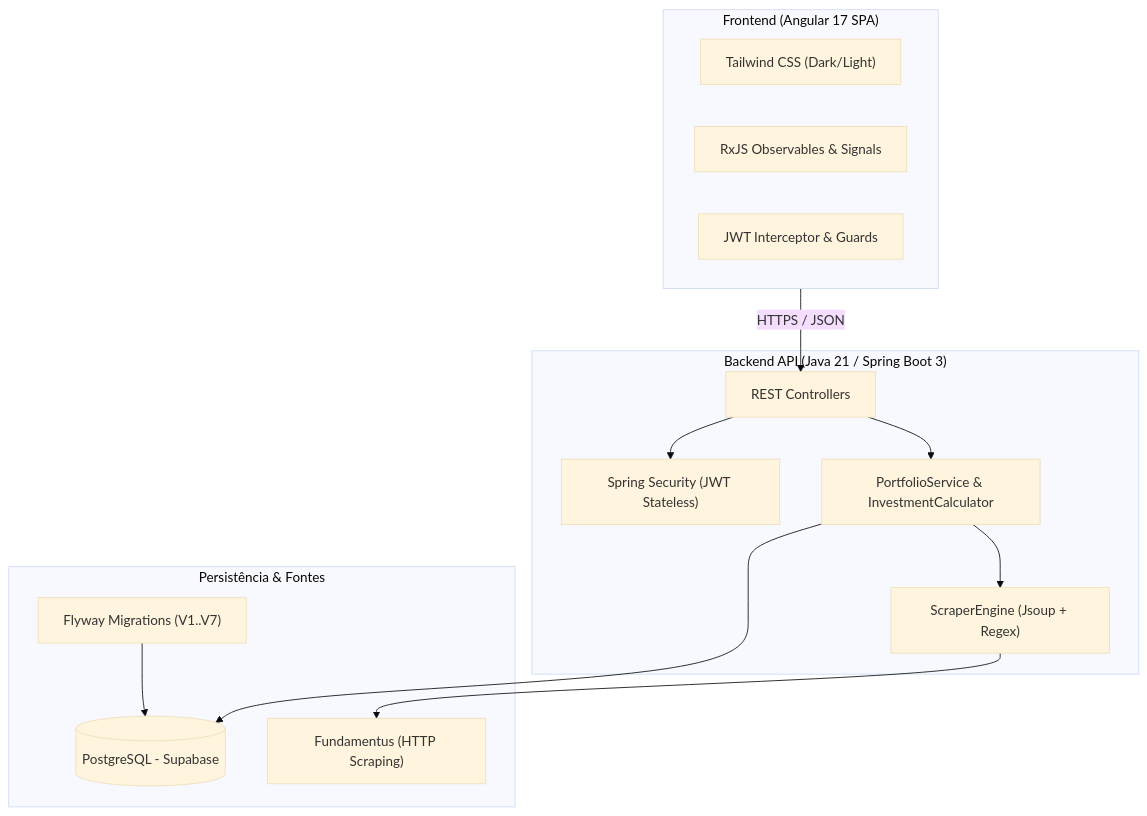
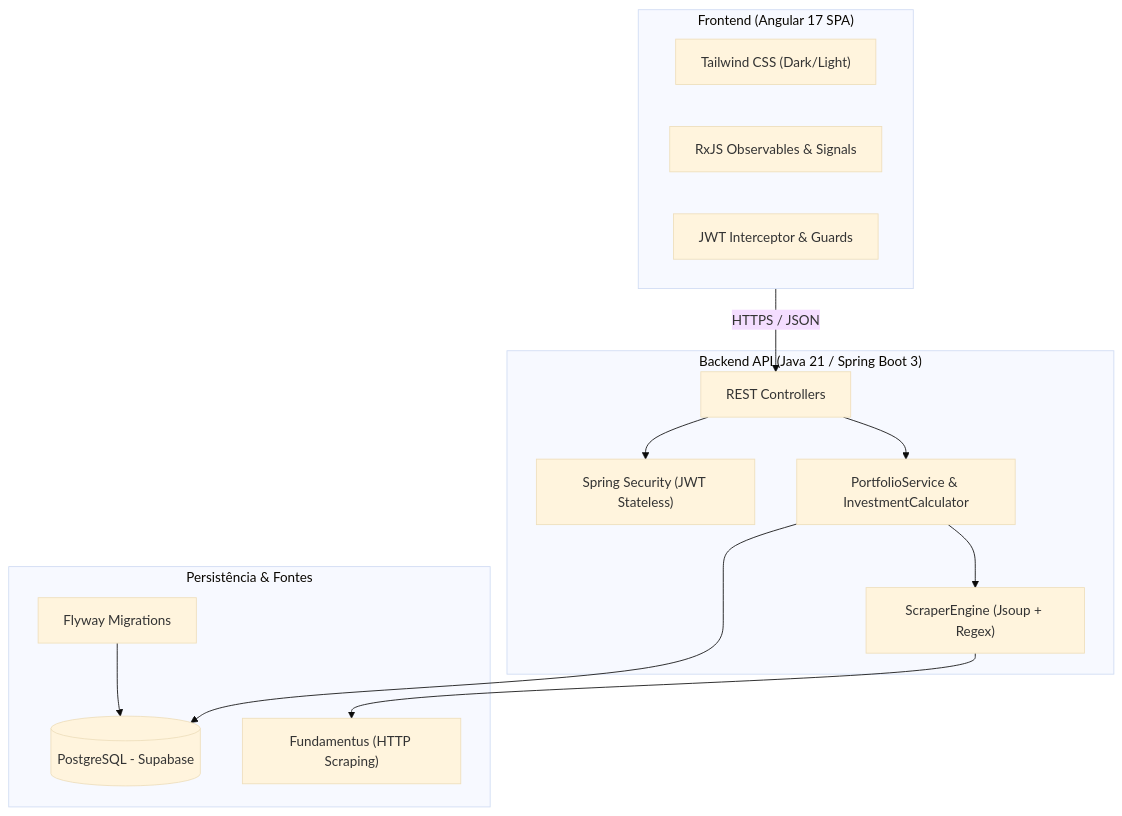
The diagram in README.md (CaioSantanaDEV/scrapinvest), drawn with Mermaid (base theme) before and after one commit.

Commit message:
README.md

````diff
--- a/README.md
+++ b/README.md
@@ -59,29 +59,29 @@
 ```mermaid
 flowchart TD
     subgraph Frontend["Frontend (Angular 17 SPA)"]
         UI["Tailwind CSS (Dark/Light)"]
         State["RxJS Observables & Signals"]
         Auth["JWT Interceptor & Guards"]
     end
 
     subgraph Backend["Backend API (Java 21 / Spring Boot 3)"]
         API["REST Controllers"]
         Sec["Spring Security (JWT Stateless)"]
         Core["PortfolioService & InvestmentCalculator"]
         Scraper["ScraperEngine (Jsoup + Regex)"]
     end
 
     subgraph Dados["Persistência & Fontes"]
         DB[(PostgreSQL - Supabase)]
-        Flyway["Flyway Migrations (V1..V7)"]
+        Flyway["Flyway Migrations"]
         Fonte["Fundamentus (HTTP Scraping)"]
     end
 
     Frontend -->|HTTPS / JSON| API
     API --> Sec
     API --> Core
     Core --> Scraper
     Scraper --> Fonte
     Core --> DB
     Flyway --> DB
 ```
````
